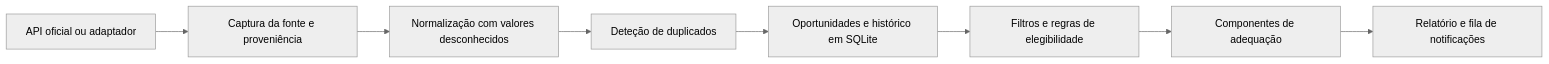
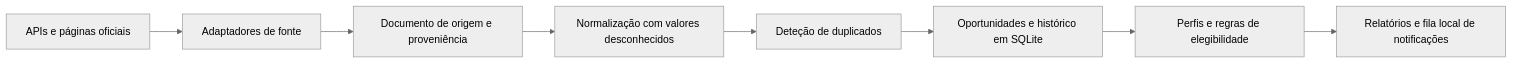
The diagram in README.md (WhiteBlindness/callbrief), drawn with Mermaid (neutral theme) before and after one commit. The commit also changed other lines of this file and 28 other files, not shown here.

````diff
--- a/README.md
+++ b/README.md
@@ -21,10 +64,10 @@
 ```mermaid
 flowchart LR
-    A[API oficial ou adaptador] --> B[Captura da fonte e proveniência]
-    B --> C[Normalização com valores desconhecidos]
-    C --> D[Deteção de duplicados]
-    D --> E[Oportunidades e histórico em SQLite]
-    E --> F[Filtros e regras de elegibilidade]
-    F --> G[Componentes de adequação]
-    G --> H[Relatório e fila de notificações]
+    A[APIs e páginas oficiais] --> B[Adaptadores de fonte]
+    B --> C[Documento de origem e proveniência]
+    C --> D[Normalização com valores desconhecidos]
+    D --> E[Deteção de duplicados]
+    E --> F[Oportunidades e histórico em SQLite]
+    F --> G[Perfis e regras de elegibilidade]
+    G --> H[Relatórios e fila local de notificações]
 ```
````
